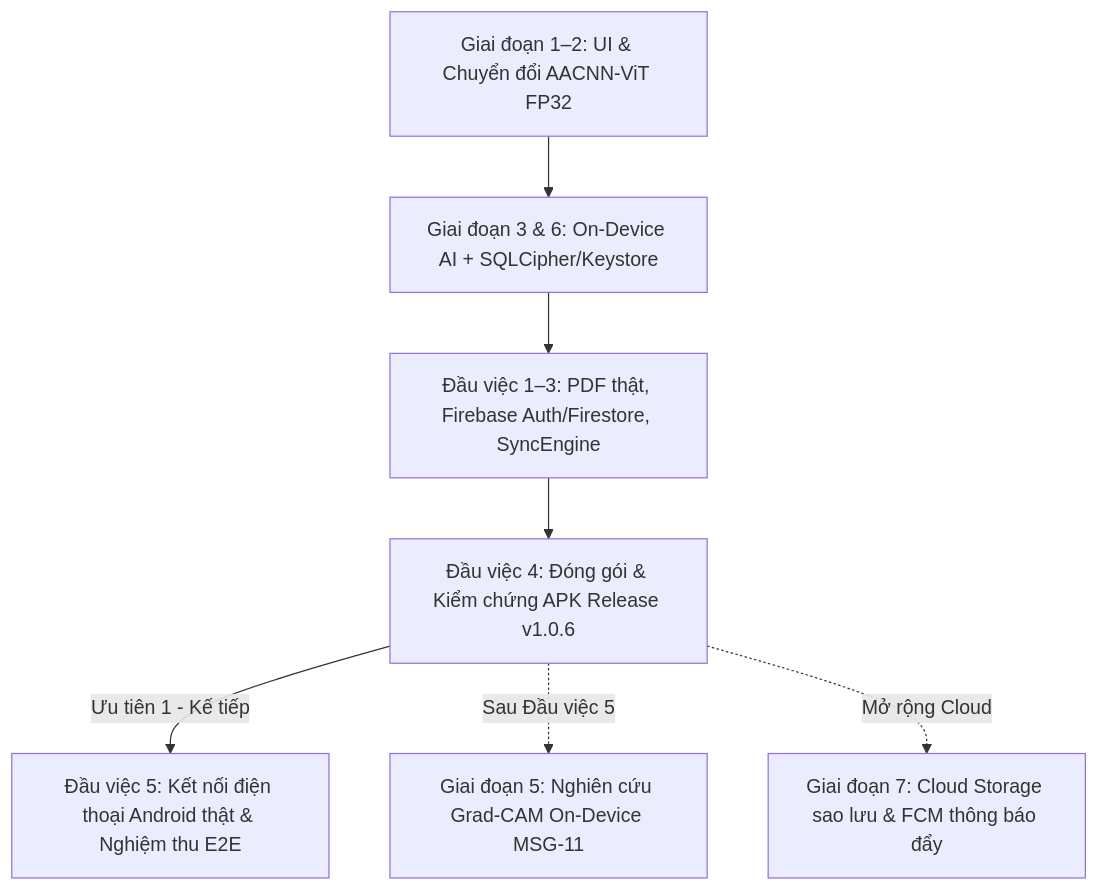
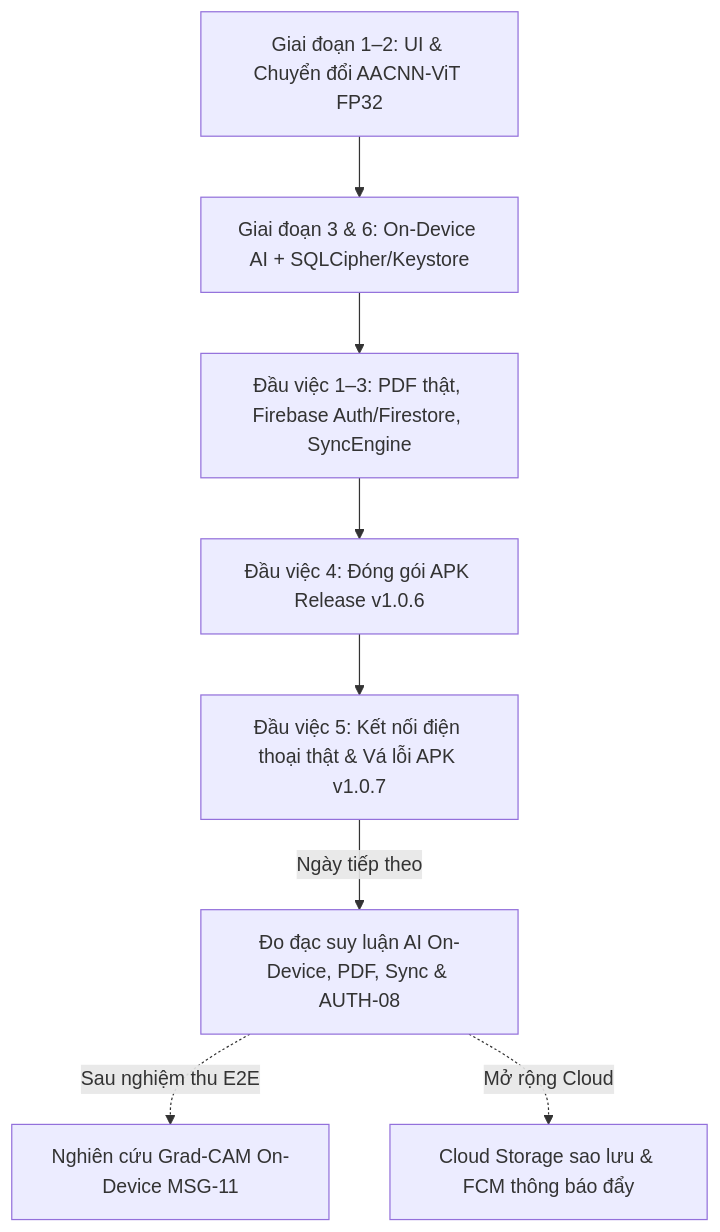
The diagram in docs/learning/ke-hoach-tong-the-lungct.md (JWHYHSTS/LungCT_App), drawn with Mermaid before and after one commit. The commit also changed other lines of this file and 2 other files, not shown here.

Commit message:
docs(thesis): update roadmap, syllabus checklist and thesis with real device benchmark and v1.0.7

````diff
--- a/docs/learning/ke-hoach-tong-the-lungct.md
+++ b/docs/learning/ke-hoach-tong-the-lungct.md
@@ -21,9 +21,10 @@
 ```mermaid
 graph TD
     A[Giai đoạn 1–2: UI & Chuyển đổi AACNN-ViT FP32] --> B[Giai đoạn 3 & 6: On-Device AI + SQLCipher/Keystore]
     B --> C[Đầu việc 1–3: PDF thật, Firebase Auth/Firestore, SyncEngine]
-    C --> D[Đầu việc 4: Đóng gói & Kiểm chứng APK Release v1.0.6]
-    D -->|Ưu tiên 1 - Kế tiếp| E[Đầu việc 5: Kết nối điện thoại Android thật & Nghiệm thu E2E]
-    D -.->|Sau Đầu việc 5| F[Giai đoạn 5: Nghiên cứu Grad-CAM On-Device MSG-11]
-    D -.->|Mở rộng Cloud| G[Giai đoạn 7: Cloud Storage sao lưu & FCM thông báo đẩy]
+    C --> D[Đầu việc 4: Đóng gói APK Release v1.0.6]
+    D --> E[Đầu việc 5: Kết nối điện thoại thật & Vá lỗi APK v1.0.7]
+    E -->|Ngày tiếp theo| F[Đo đạc suy luận AI On-Device, PDF, Sync & AUTH-08]
+    F -.->|Sau nghiệm thu E2E| G[Nghiên cứu Grad-CAM On-Device MSG-11]
+    F -.->|Mở rộng Cloud| H[Cloud Storage sao lưu & FCM thông báo đẩy]
 ```
````
